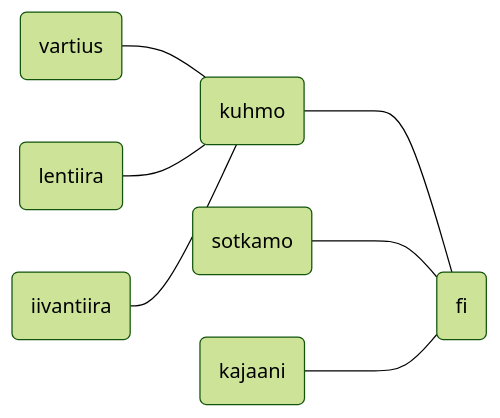
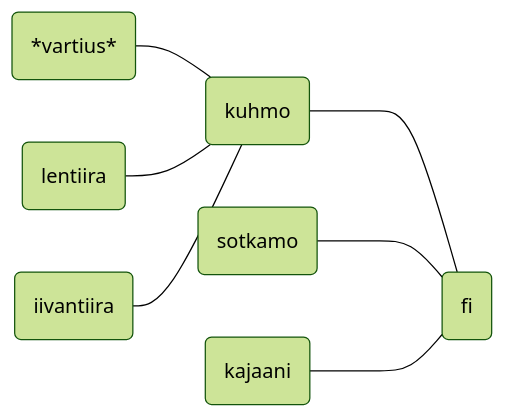
The diagram in README.md (phdonner/verkkotunnus), drawn with Mermaid (forest theme) before and after one commit.

````diff
--- a/README.md
+++ b/README.md
@@ -9,9 +9,9 @@
 ```mermaid
 flowchart LR
-   A(vartius)    --- D
+   A(*vartius*)    --- D
    B(lentiira)   --- D
    C(iivantiira) --- D
    D(kuhmo)   ---- F(fi)
    E(sotkamo) ---- F(fi)
    G(kajaani) ---- F(fi)
 ```
````
